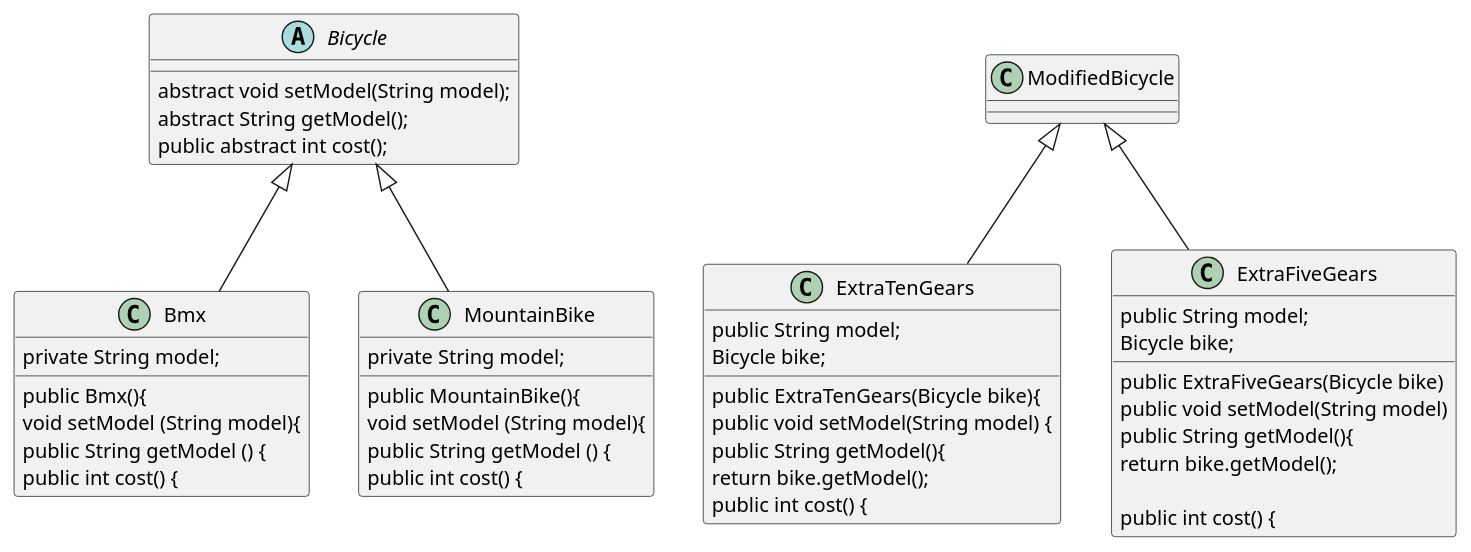
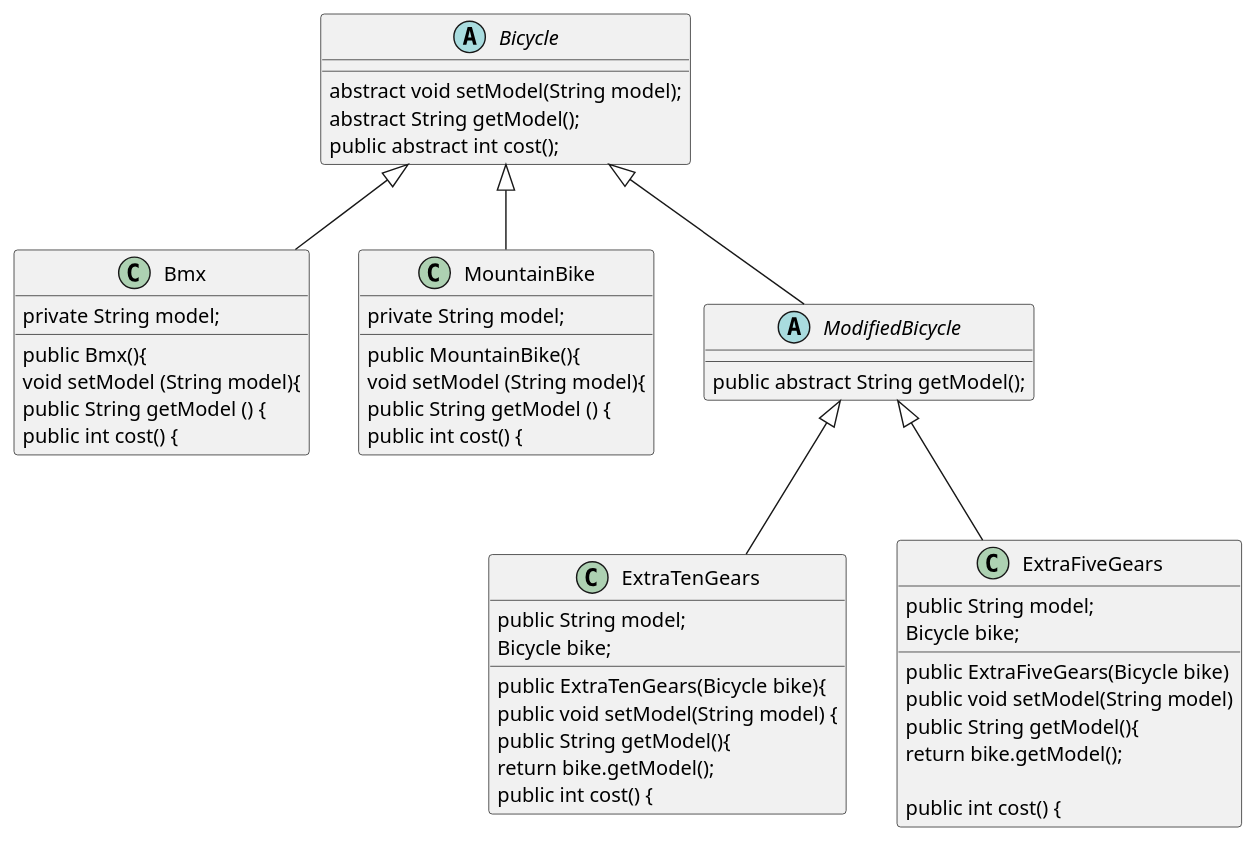
The diagram in plantUmlDiagrams/Decorator.puml (DeclanBU/Design_Patterns_Project), drawn with PlantUML before and after one commit. The commit also changed 8 other files, not shown here.

```diff
--- a/plantUmlDiagrams/Decorator.puml
+++ b/plantUmlDiagrams/Decorator.puml
@@ -1,85 +1,89 @@
 @startuml
 
   abstract class Bicycle  {
      abstract void setModel(String model);
      abstract String getModel();
     public abstract int cost();
 }
  class Bmx extends Bicycle {
     private String model;
 
 
     public Bmx(){
 
 
 
          void setModel (String model){
 
 
 
         public String getModel () {
 
 
 
     public int cost() {
 
     }
     class MountainBike extends Bicycle {
         private String model;
 
 
     public MountainBike(){
 
 
 
          void setModel (String model){
 
 
 
         public String getModel () {
 
 
 
         public int cost() {
 
         }
         class ExtraTenGears extends ModifiedBicycle{
             public String model;
             Bicycle bike;
 
 
             public ExtraTenGears(Bicycle bike){
 
 
 
             public void setModel(String model) {
 
 
 
             public String getModel(){
                 return bike.getModel();
 
 
 
             public int cost() {
 
             }
             class ExtraFiveGears extends ModifiedBicycle {
                 public String model;
                 Bicycle bike;
 
 
                 public ExtraFiveGears(Bicycle bike)
 
 
                 public void setModel(String model)
 
 
 
                 public String getModel(){
                     return bike.getModel();
 
                 public int cost() {
 
                 }
+                abstract class ModifiedBicycle extends Bicycle {
+
+                    public abstract String getModel();
+                }
 @enduml
```
